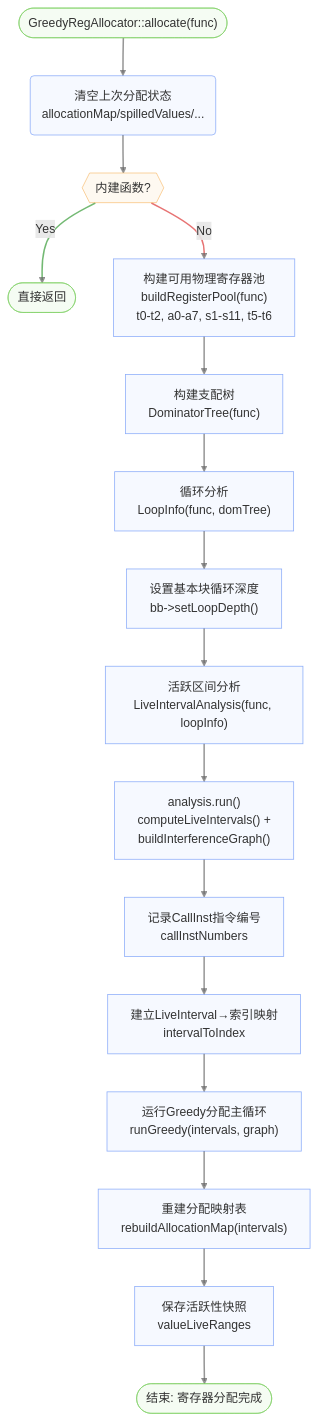
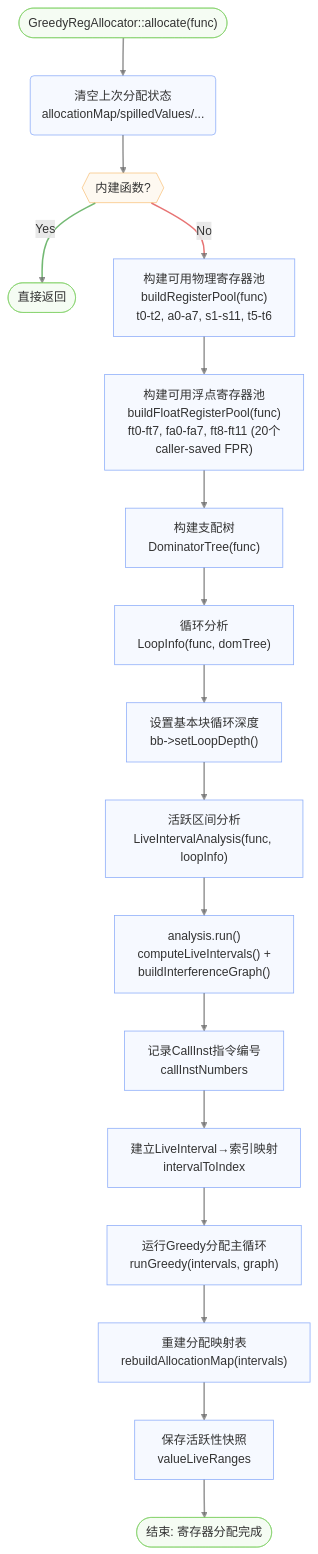
The first of 7 diagrams in docs/backend-regalloc.md (LLLLLLLLazy/compiler-lite), drawn with Mermaid before and after one commit. The commit also changed other lines of this file and 19 other files, not shown here.

````diff
--- a/docs/backend-regalloc.md
+++ b/docs/backend-regalloc.md
@@ -5,36 +5,37 @@
 ```mermaid
 flowchart TD
     Start(["GreedyRegAllocator::allocate(func)"]) --> Clear("清空上次分配状态<br>allocationMap/spilledValues/...")
 
     Clear --> BuiltinCheck{{"内建函数?"}}
     BuiltinCheck -- "Yes" --> Return(["直接返回"])
     BuiltinCheck -- "No" --> BuildPool["构建可用物理寄存器池<br>buildRegisterPool(func)<br>t0-t2, a0-a7, s1-s11, t5-t6"]
 
-    BuildPool --> DomTree["构建支配树<br>DominatorTree(func)"]
+    BuildPool --> BuildFloatPool["构建可用浮点寄存器池<br>buildFloatRegisterPool(func)<br>ft0-ft7, fa0-fa7, ft8-ft11 (20个caller-saved FPR)"]
+    BuildFloatPool --> DomTree["构建支配树<br>DominatorTree(func)"]
     DomTree --> LoopInfo["循环分析<br>LoopInfo(func, domTree)"]
     LoopInfo --> SetDepth["设置基本块循环深度<br>bb->setLoopDepth()"]
 
     SetDepth --> LIA["活跃区间分析<br>LiveIntervalAnalysis(func, loopInfo)"]
     LIA --> LIARun["analysis.run()<br>computeLiveIntervals() +<br>buildInterferenceGraph()"]
     LIARun --> RecordCall["记录CallInst指令编号<br>callInstNumbers"]
     RecordCall --> BuildIndex["建立LiveInterval→索引映射<br>intervalToIndex"]
 
     BuildIndex --> RunGreedy["运行Greedy分配主循环<br>runGreedy(intervals, graph)"]
     RunGreedy --> Rebuild["重建分配映射表<br>rebuildAllocationMap(intervals)"]
     Rebuild --> SaveLive["保存活跃性快照<br>valueLiveRanges"]
     SaveLive --> End(["结束: 寄存器分配完成"])
 
     %%Node styles
     classDef default fill:#E2EAFE4F,stroke:#5A88F6AF
     classDef endNode fill:#DDF4D84F,stroke:#7DCF62AF
     classDef decisionNode fill:#FCEBD34f,stroke:#F6AA4BAF
 
     %%Link styles
     linkStyle default stroke:#666666AF,stroke-width:2px
     linkStyle 2 stroke:#339933AF,stroke-width:2px
     linkStyle 3 stroke:#DD3333AF,stroke-width:2px
 
     %%Node classes
     class Start,End,Return endNode
     class BuiltinCheck decisionNode
 ```
````
